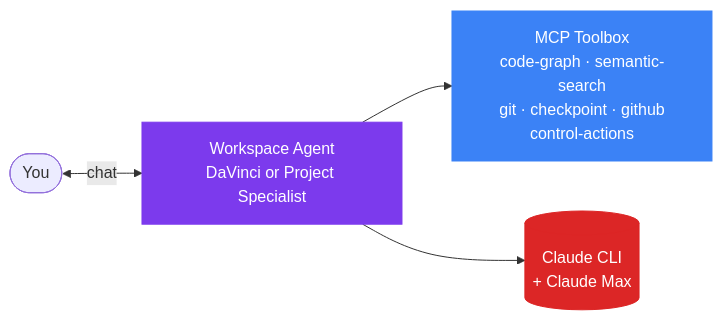
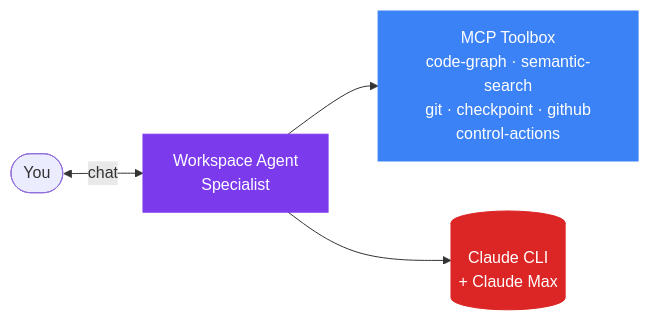
The first of 4 diagrams in README.md (unosquare-eduardotorres/CodeAtelier), drawn with Mermaid before and after one commit. The commit also changed other lines of this file and 306 other files, not shown here.

````diff
--- a/README.md
+++ b/README.md
@@ -9,10 +9,10 @@
 ```mermaid
 flowchart LR
-    You([You]) <-->|chat| R["Workspace Agent<br/>DaVinci or Project Specialist"]
+    You([You]) <-->|chat| R["Workspace Agent<br/>Specialist"]
     R --> MCP["MCP Toolbox<br/>code-graph · semantic-search<br/>git · checkpoint · github<br/>control-actions"]
     R --> CLI[("Claude CLI<br/>+ Claude Max")]
 
     style R fill:#7c3aed,color:#fff,stroke:#7c3aed
     style MCP fill:#3b82f6,color:#fff,stroke:#3b82f6
     style CLI fill:#dc2626,color:#fff,stroke:#dc2626
 ```
````
